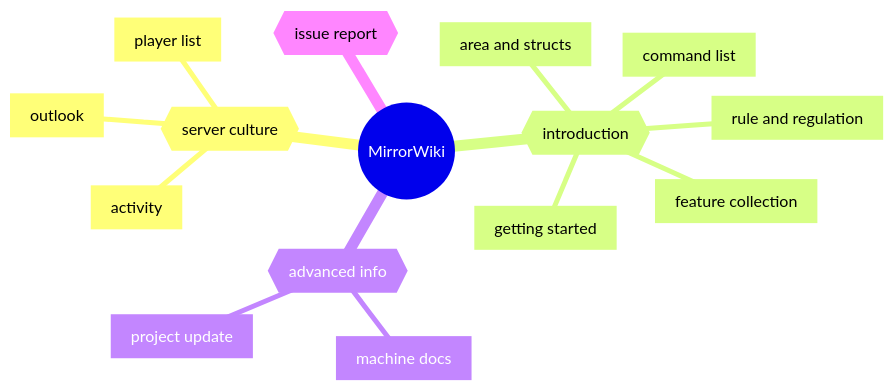
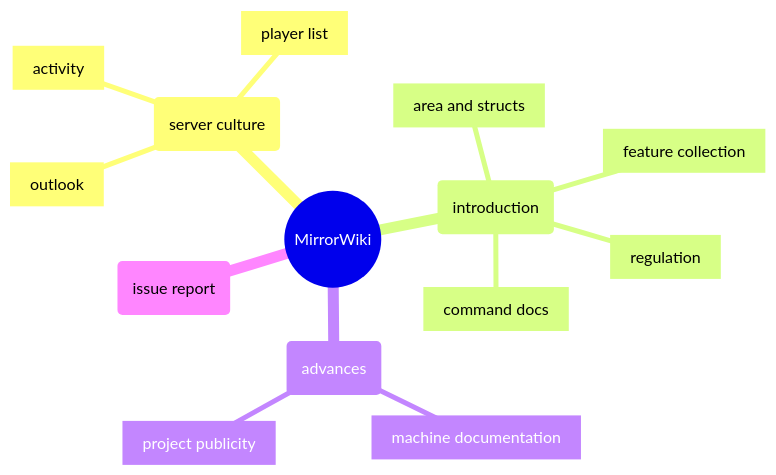
Before and after one commit to MirrorTree-MC/MirrorTree: the diagram in README.md, drawn with Mermaid. The commit also changed other lines of this file, not shown here.

Commit message:
doc: mindmap format modifications

````diff
--- a/README.md
+++ b/README.md
@@ -11,18 +11,17 @@
 ```mermaid
 mindmap
   root((MirrorWiki))
-    id{{server culture}}
+    id(server culture)
       id[outlook]
       id[player list]
       id[activity]
-    id{{introduction}}
-      id[getting started]
+    id(introduction)
       id[area and structs]
-      id[command list]
+      id[command docs]
       id[feature collection]
-      id[rule and regulation]
-    id{{advanced info}}
-      id[machine docs]
-      id[project update]
-    id{{issue report}}
+      id[regulation]
+    id(advances)
+      id[machine documentation]
+      id[project publicity]
+    id(issue report)
 ```
````
